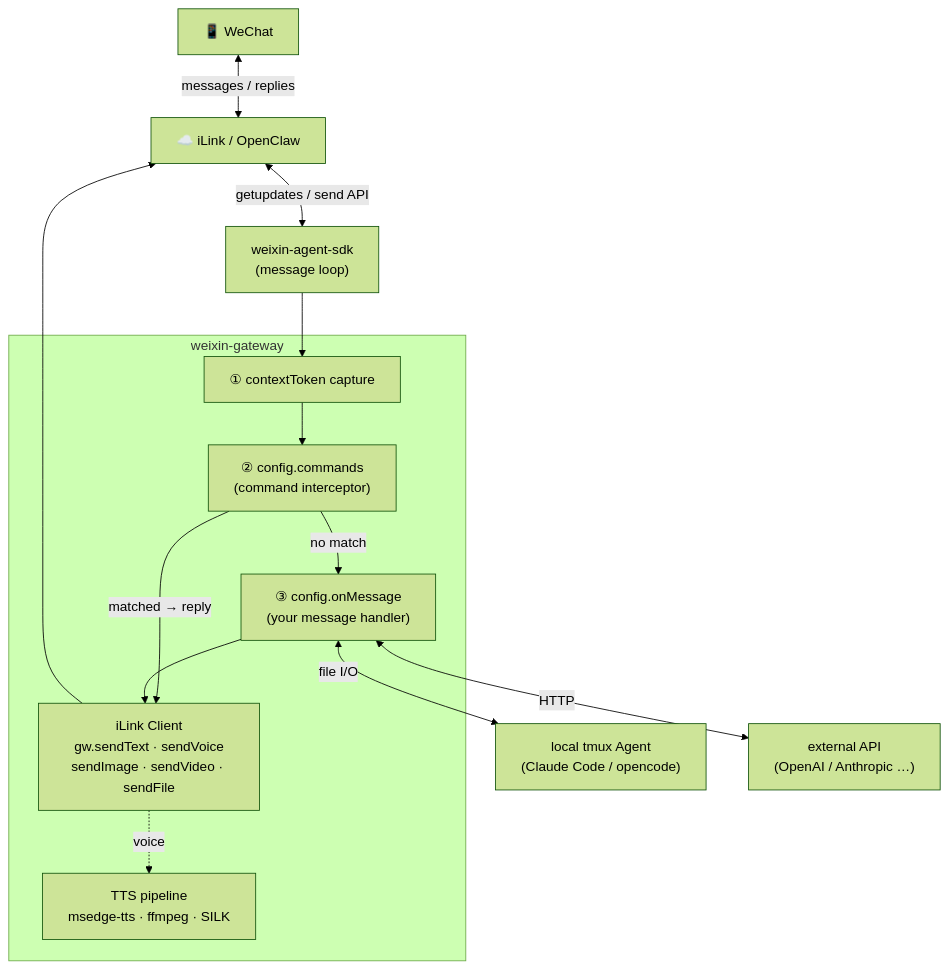
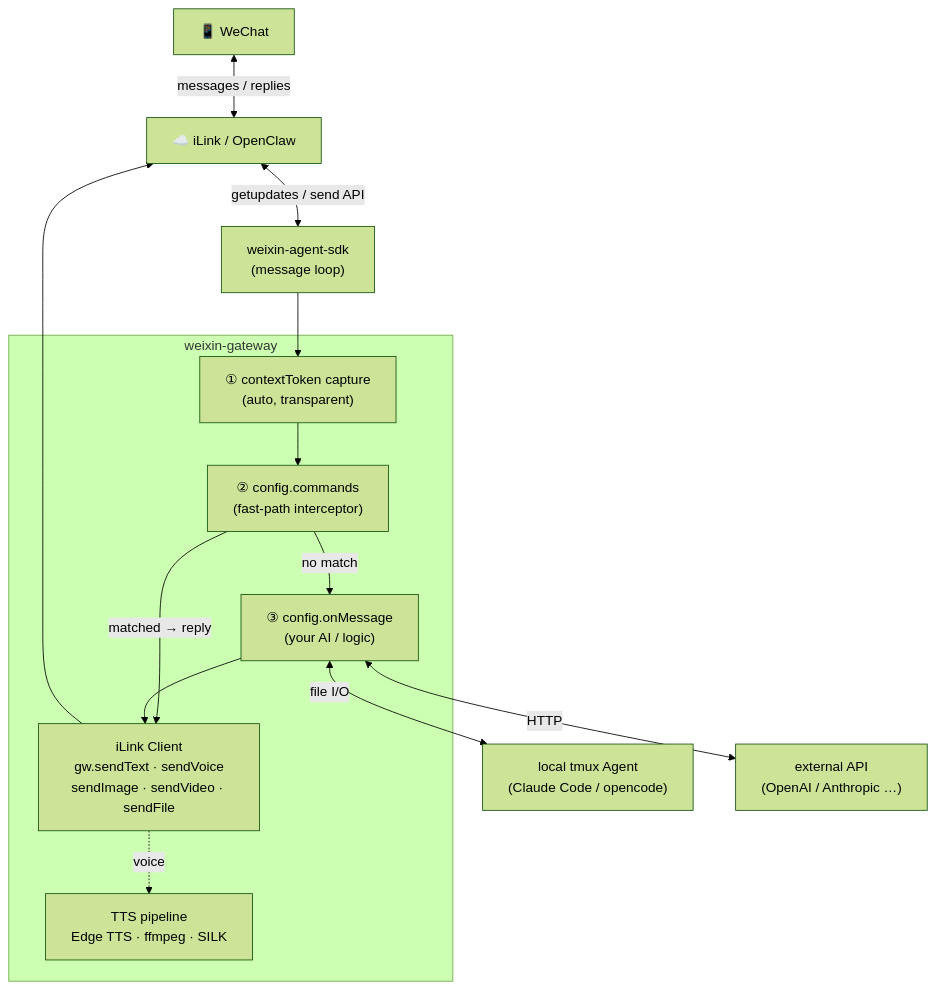
One commit to later0day/weixin-gateway changed the diagram in README.md. Above: the diagram before and after it, drawn with Mermaid (forest theme). The commit also changed other lines of this file and 4 other files, not shown here.

First line of the commit message:
feat: v0.2.0 — sendVideo local path, null onMessage fix, README rewrite

````diff
--- a/README.md
+++ b/README.md
@@ -9,32 +21,32 @@
 ```mermaid
 flowchart TD
     WX["📱 WeChat"]
     IL["☁️ iLink / OpenClaw"]
     SDK["weixin-agent-sdk\n(message loop)"]
 
     WX <-->|messages / replies| IL
     IL <-->|getupdates / send API| SDK
 
     subgraph GW["weixin-gateway"]
-        CTX["① contextToken capture"]
-        CMD["② config.commands\n(command interceptor)"]
-        MSG["③ config.onMessage\n(your message handler)"]
+        CTX["① contextToken capture\n(auto, transparent)"]
+        CMD["② config.commands\n(fast-path interceptor)"]
+        MSG["③ config.onMessage\n(your AI / logic)"]
         SEND["iLink Client\ngw.sendText · sendVoice\nsendImage · sendVideo · sendFile"]
-        TTS["TTS pipeline\nmsedge-tts · ffmpeg · SILK"]
+        TTS["TTS pipeline\nEdge TTS · ffmpeg · SILK"]
 
         CTX --> CMD
         CMD -->|"matched → reply"| SEND
         CMD -->|no match| MSG
         MSG --> SEND
         SEND -.->|voice| TTS
     end
 
     SDK --> CTX
     SEND --> IL
 
     TMUX["local tmux Agent\n(Claude Code / opencode)"]
     API["external API\n(OpenAI / Anthropic …)"]
 
     MSG <-->|"file I/O"| TMUX
     MSG <-->|HTTP| API
 ```
````
